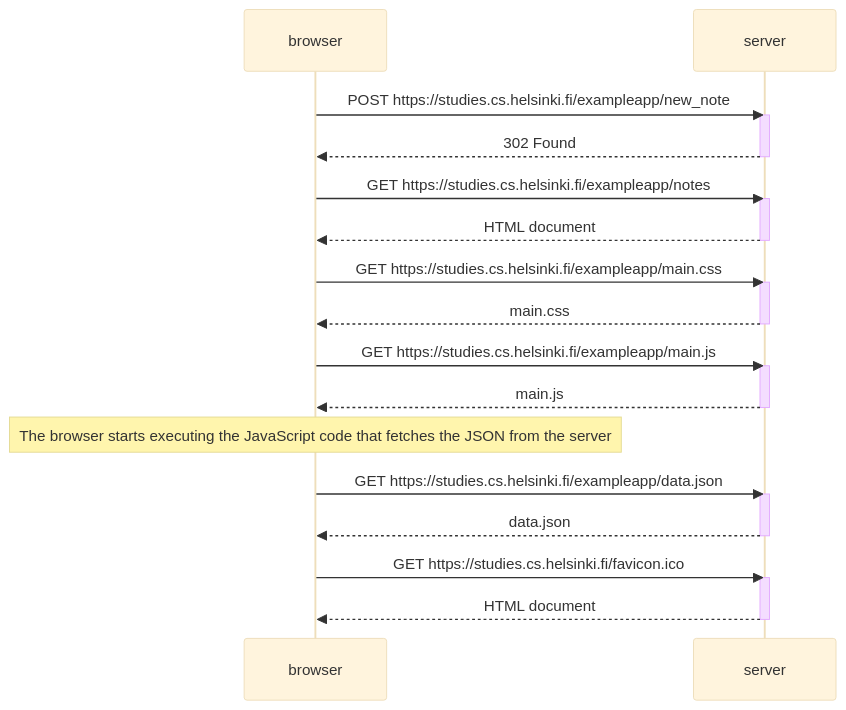
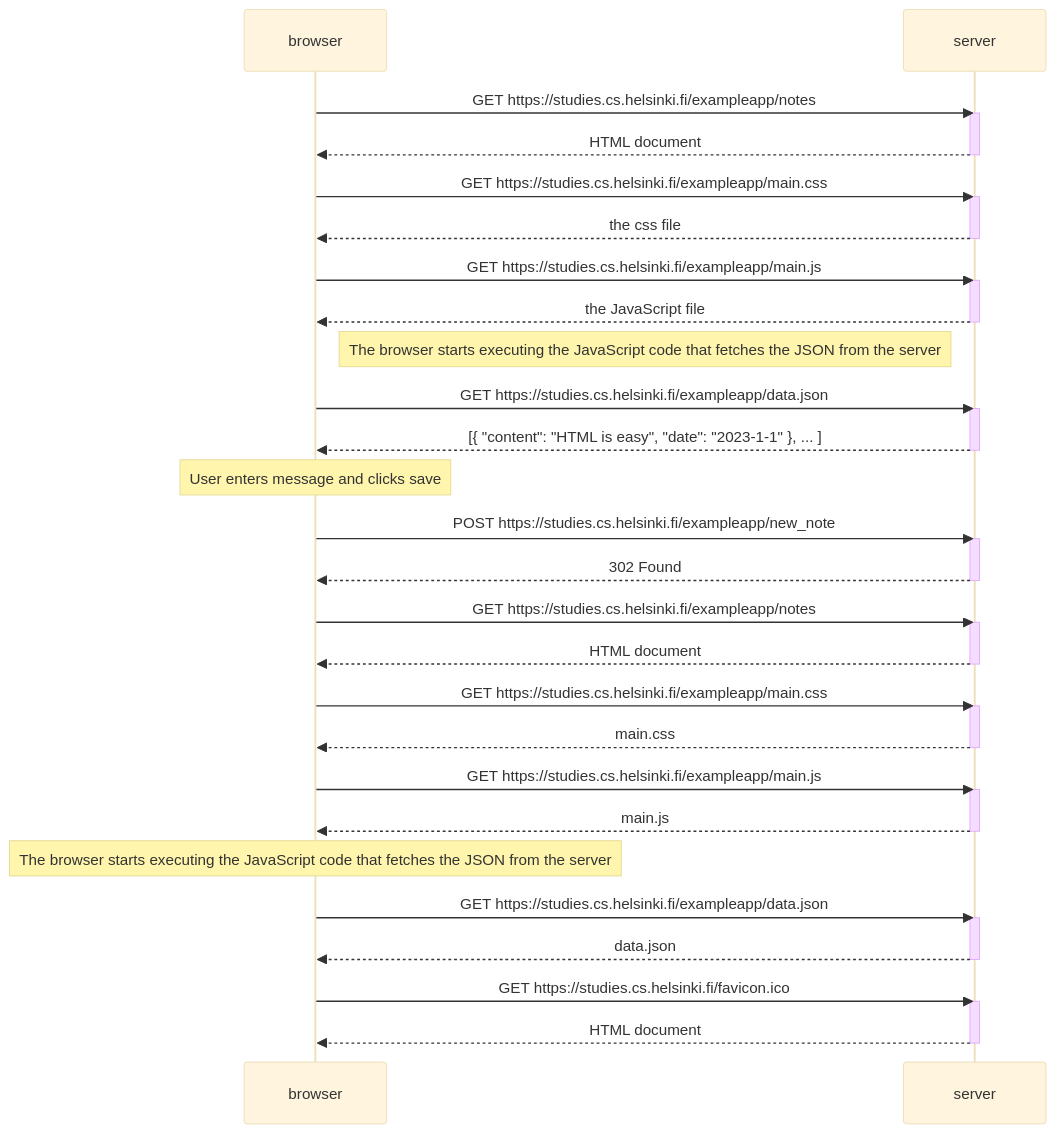
One commit to joekbullard/helsinki-mooc changed the diagram in part0/0.4.md. Above: the diagram before and after it, drawn with Mermaid (base theme).

````diff
--- a/part0/0.4.md
+++ b/part0/0.4.md
@@ -1,38 +1,62 @@
 ```mermaid
 sequenceDiagram
     participant browser
     participant server
+    
+    browser->>server: GET https://studies.cs.helsinki.fi/exampleapp/notes
+    activate server
+    server-->>browser: HTML document
+    deactivate server
+
+    browser->>server: GET https://studies.cs.helsinki.fi/exampleapp/main.css
+    activate server
+    server-->>browser: the css file
+    deactivate server
+
+    browser->>server: GET https://studies.cs.helsinki.fi/exampleapp/main.js
+    activate server
+    server-->>browser: the JavaScript file
+    deactivate server
+
+    Note right of browser: The browser starts executing the JavaScript code that fetches the JSON from the server
+
+    browser->>server: GET https://studies.cs.helsinki.fi/exampleapp/data.json
+    activate server
+    server-->>browser: [{ "content": "HTML is easy", "date": "2023-1-1" }, ... ]
+    deactivate server
+    
+    Note over browser: User enters message and clicks save
     
     browser->>server: POST https://studies.cs.helsinki.fi/exampleapp/new_note
     activate server
     server-->>browser: 302 Found
     deactivate server
     
     browser->>server: GET https://studies.cs.helsinki.fi/exampleapp/notes
     activate server
     server-->>browser: HTML document
     deactivate server
     
     browser->>server: GET https://studies.cs.helsinki.fi/exampleapp/main.css
     activate server
     server-->>browser: main.css
     deactivate server
 
     browser->>server: GET https://studies.cs.helsinki.fi/exampleapp/main.js
     activate server
     server-->>browser: main.js
     deactivate server
     
     Note over browser: The browser starts executing the JavaScript code that fetches the JSON from the server
     
     browser->>server: GET https://studies.cs.helsinki.fi/exampleapp/data.json
     activate server
     server-->>browser: data.json
     deactivate server
     
     browser->>server: GET https://studies.cs.helsinki.fi/favicon.ico
     activate server
     server-->>browser: HTML document
     deactivate server
 
 ```    
````
